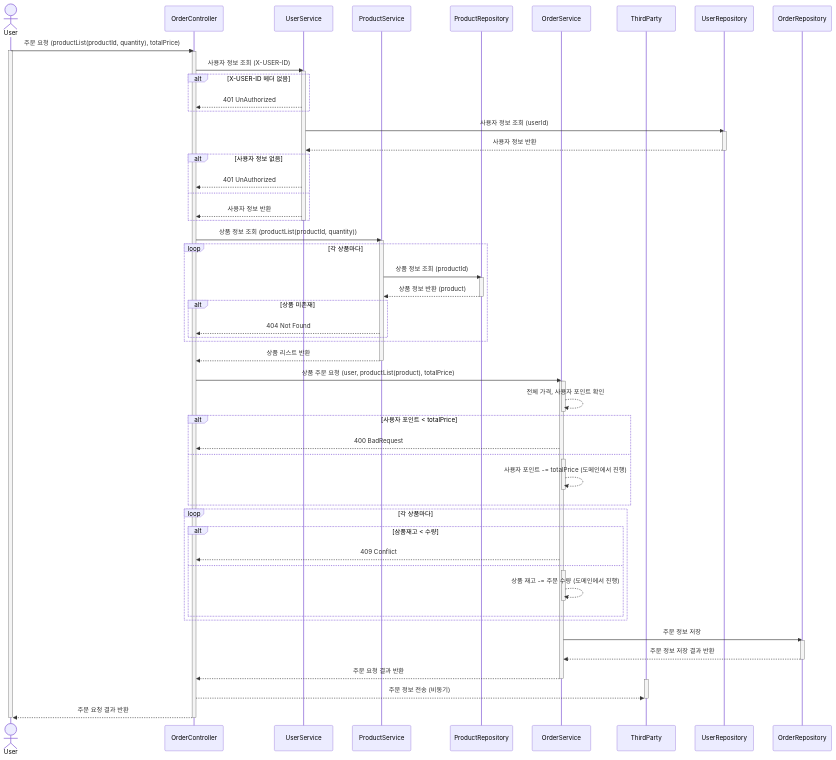
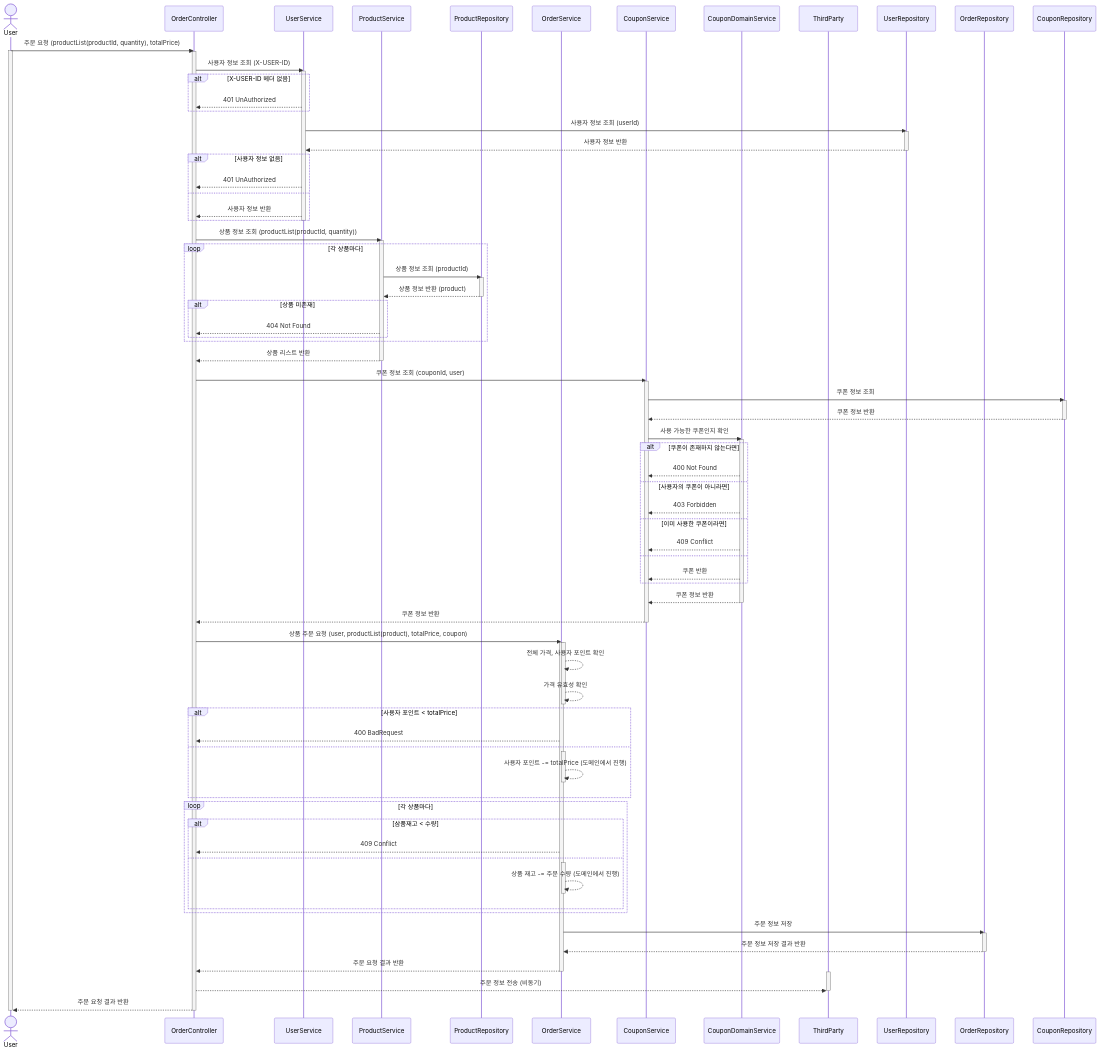
Before and after one commit to soyeonnnb/loopers-java-template: the tenth of 13 diagrams in docs/design/02-sequence-diagrams.md, drawn with Mermaid. The commit also changed other lines of this file and 3 other files, not shown here.

```diff
--- a/docs/design/02-sequence-diagrams.md
+++ b/docs/design/02-sequence-diagrams.md
@@ -546,9 +547,12 @@
 	participant PS as ProductService
 	participant PR as ProductRepository
 	participant OS as OrderService
+	participant CS as CouponService
+	participant CDS as CouponDomainService
 	participant TP as ThirdParty
 	participant UR as UserRepository
 	participant OR as OrderRepository
+	participant CR as CouponRepository
 
 	U ->> OC: 주문 요청 (productList(productId, quantity), totalPrice)
 	activate U
@@ -583,10 +587,33 @@
 				PS -->> OC: 상품 리스트 반환
 			deactivate PS
 
-			OC ->> OS: 상품 주문 요청 (user, productList(product), totalPrice)
+			OC ->> CS: 쿠폰 정보 조회 (couponId, user)
+			activate CS
+				CS ->> CR: 쿠폰 정보 조회
+				activate CR
+					CR -->> CS: 쿠폰 정보 반환
+				deactivate CR
+				CS ->> CDS: 사용 가능한 쿠폰인지 확인
+				activate CDS
+					alt 쿠폰이 존재하지 않는다면
+						CDS -->> CS : 400 Not Found
+					else 사용자의 쿠폰이 아니라면
+						CDS -->> CS : 403 Forbidden
+					else 이미 사용한 쿠폰이라면
+						CDS -->> CS: 409 Conflict
+					else
+						CDS -->> CS: 쿠폰 반환
+					end
+				CDS -->> CS: 쿠폰 정보 반환
+			deactivate CDS
+			CS -->> OC: 쿠폰 정보 반환
+			deactivate CS
+
+			OC ->> OS: 상품 주문 요청 (user, productList(product), totalPrice, coupon)
 			activate OS
 				activate OS
 					OS -->> OS: 전체 가격, 사용자 포인트 확인
+					OS -->> OS: 가격 유효성 확인
 				deactivate OS
 				alt 사용자 포인트 < totalPrice
 					OS -->> OC: 400 BadRequest
```
